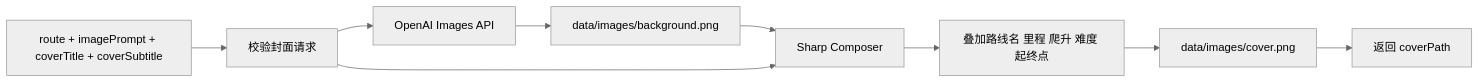
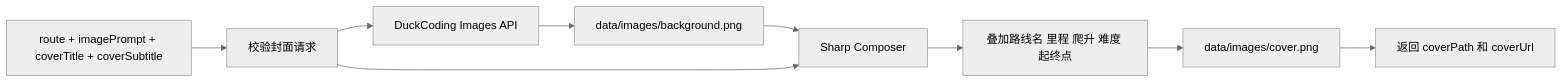
The second of 2 diagrams in docs/architecture-redesign.md (BeenBeenBeen/cycling-route), drawn with Mermaid (neutral theme) before and after one commit. The commit also changed other lines of this file and 18 other files, not shown here.

Commit message:
feat: use duckcoding providers for publishing flow

````diff
--- a/docs/architecture-redesign.md
+++ b/docs/architecture-redesign.md
@@ -133,11 +161,11 @@
 ```mermaid
 flowchart LR
   A[route + imagePrompt + coverTitle + coverSubtitle] --> B[校验封面请求]
-  B --> C[OpenAI Images API]
+  B --> C[DuckCoding Images API]
   C --> D[data/images/background.png]
   D --> E[Sharp Composer]
   B --> E
   E --> F[叠加路线名 里程 爬升 难度 起终点]
   F --> G[data/images/cover.png]
-  G --> H[返回 coverPath]
+  G --> H[返回 coverPath 和 coverUrl]
 ```
````
